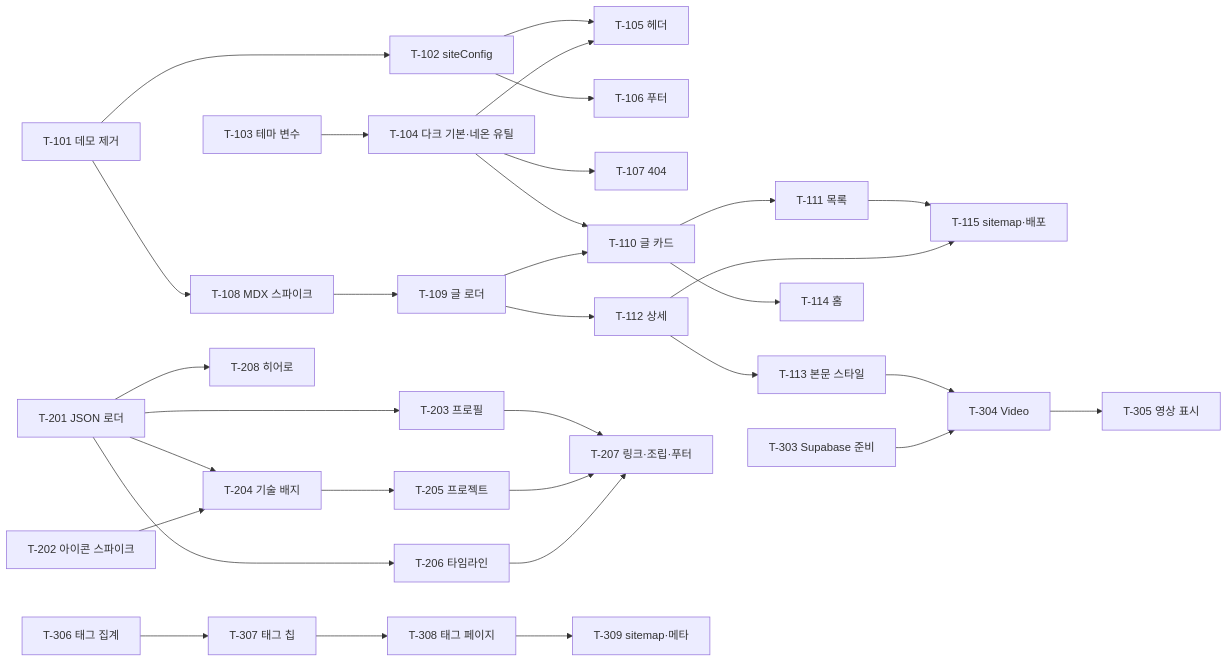
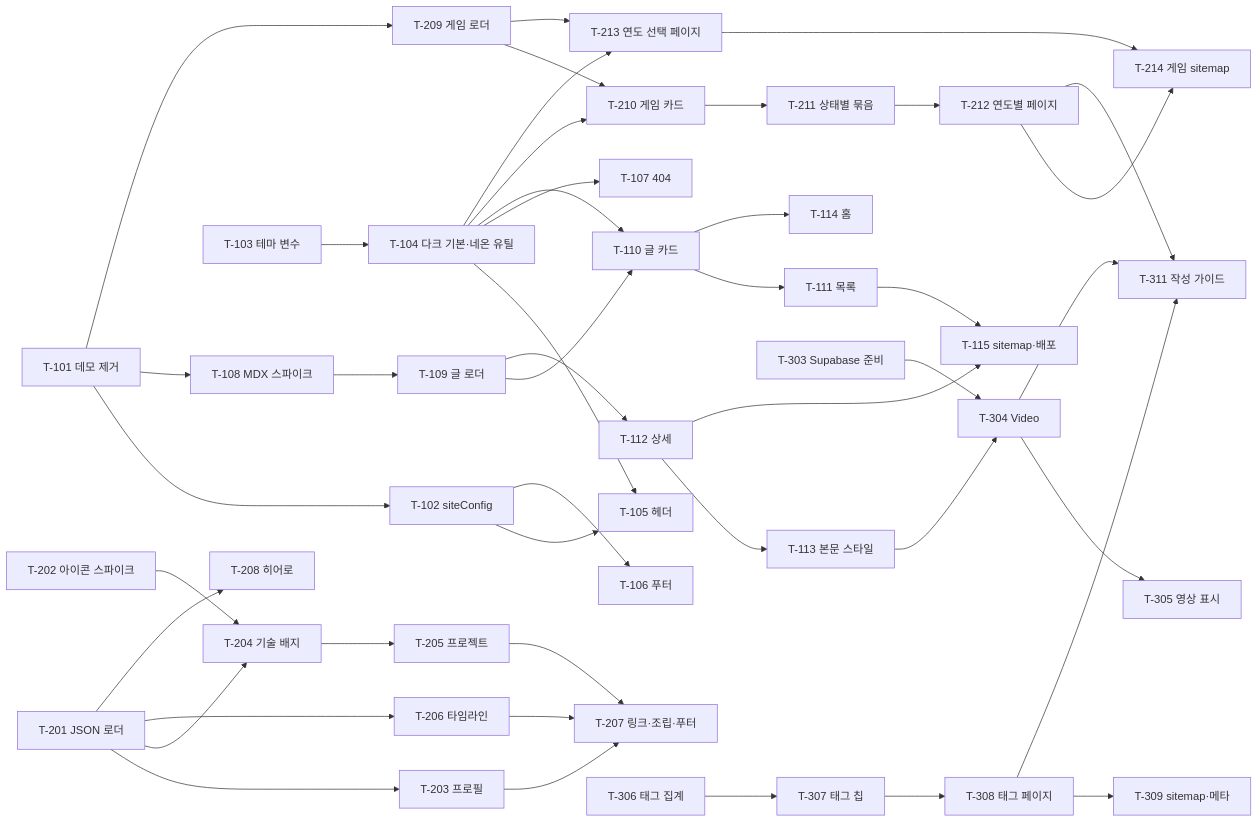
Before and after one commit to GameDev-HanS/gamedev-hans.github.io: the diagram in .claude/docs/ROADMAP.md, drawn with Mermaid. The commit also changed other lines of this file and 1 other file, not shown here.

````diff
--- a/.claude/docs/ROADMAP.md
+++ b/.claude/docs/ROADMAP.md
@@ -190,36 +218,48 @@
 ```mermaid
 graph LR
   T101[T-101 데모 제거] --> T102[T-102 siteConfig]
   T101 --> T108[T-108 MDX 스파이크]
   T103[T-103 테마 변수] --> T104[T-104 다크 기본·네온 유틸]
   T102 --> T105[T-105 헤더]
   T104 --> T105
   T102 --> T106[T-106 푸터]
   T104 --> T107[T-107 404]
   T108 --> T109[T-109 글 로더]
   T104 --> T110[T-110 글 카드]
   T109 --> T110
   T110 --> T111[T-111 목록]
   T109 --> T112[T-112 상세]
   T112 --> T113[T-113 본문 스타일]
   T110 --> T114[T-114 홈]
   T111 --> T115[T-115 sitemap·배포]
   T112 --> T115
 
   T201[T-201 JSON 로더] --> T203[T-203 프로필]
   T201 --> T204[T-204 기술 배지]
   T202[T-202 아이콘 스파이크] --> T204
   T204 --> T205[T-205 프로젝트]
   T201 --> T206[T-206 타임라인]
   T203 --> T207[T-207 링크·조립·푸터]
   T205 --> T207
   T206 --> T207
   T201 --> T208[T-208 히어로]
+  T101 --> T209[T-209 게임 로더]
+  T104 --> T210[T-210 게임 카드]
+  T209 --> T210
+  T210 --> T211[T-211 상태별 묶음]
+  T211 --> T212[T-212 연도별 페이지]
+  T209 --> T213[T-213 연도 선택 페이지]
+  T104 --> T213
+  T212 --> T214[T-214 게임 sitemap]
+  T213 --> T214
 
   T113 --> T304[T-304 Video]
   T303[T-303 Supabase 준비] --> T304
   T304 --> T305[T-305 영상 표시]
   T306[T-306 태그 집계] --> T307[T-307 태그 칩]
   T307 --> T308[T-308 태그 페이지]
   T308 --> T309[T-309 sitemap·메타]
+  T304 --> T311[T-311 작성 가이드]
+  T308 --> T311
+  T212 --> T311
 ```
````
